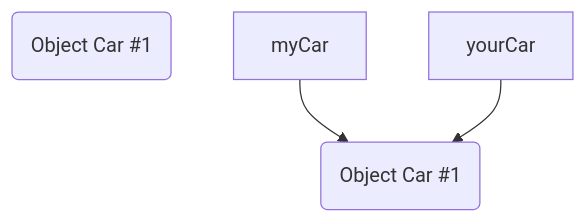
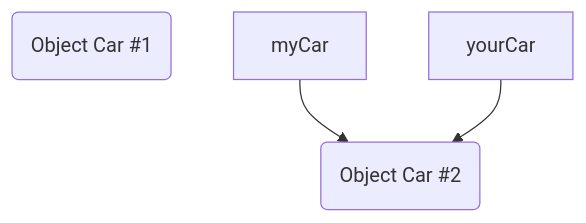
Before and after one commit to vesavvo/Object-Oriented-Programming: the second of 2 diagrams in 2.3_Association.md, drawn with Mermaid. The commit also changed 1 other file, not shown here.

Commit message:
Section 2.2 Task 1 removed mention to input validation. Section 2.3 corrected object notation in myCar/yourCar example

````diff
--- a/2.3_Association.md
+++ b/2.3_Association.md
@@ -52,6 +52,6 @@
 ```mermaid
 graph TD
     o1(Object Car #1)
     r1[myCar] --> o2(Object Car #2)
-    r2[yourCar] --> o2(Object Car #1)
+    r2[yourCar] --> o2(Object Car #2)
 ```
````
